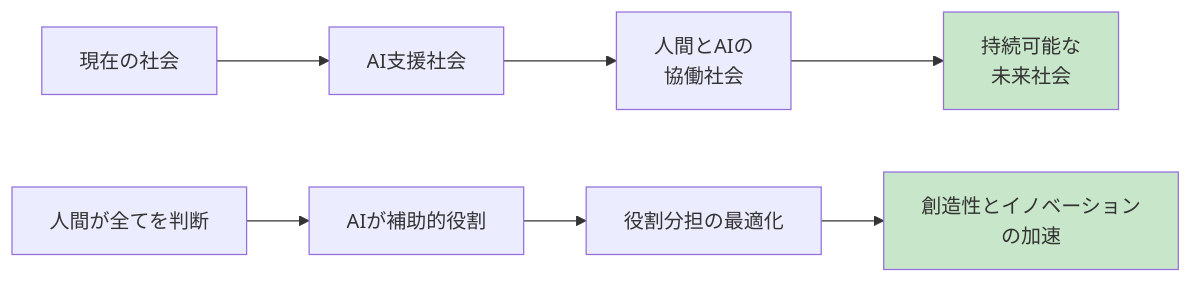
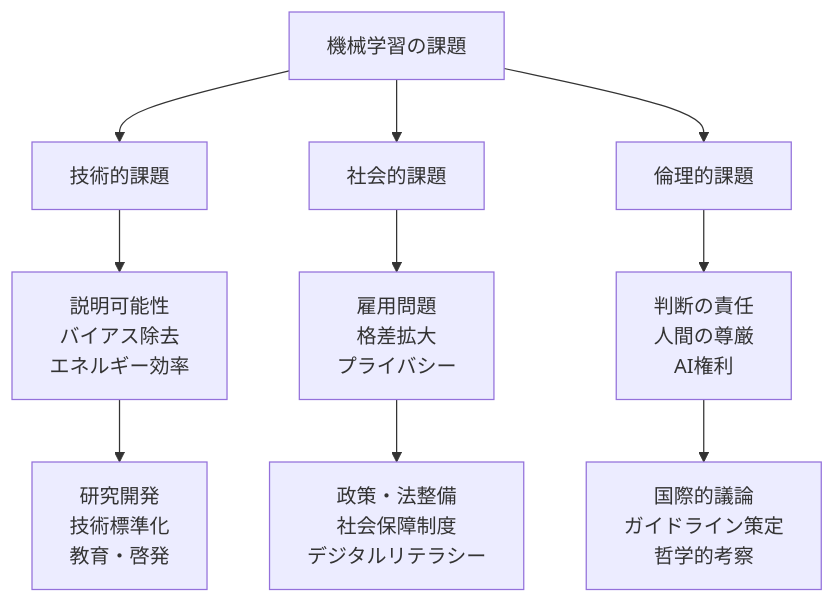
Diagram 12 of 13 in AI/Machine_Learning.md (SparklingDetergent/doc_genai_mental_model), drawn with Mermaid before and after one commit. The commit also changed other lines of this file, not shown here.

````diff
--- a/AI/Machine_Learning.md
+++ b/AI/Machine_Learning.md
@@ -390,13 +370,14 @@
 ```mermaid
-flowchart LR
-    A[現在の社会] --> B[AI支援社会]
-    B --> C[人間とAIの<br/>協働社会]
-    C --> D[持続可能な<br/>未来社会]
+flowchart TD
+    A[機械学習の課題] --> B[技術的課題]
+    A --> C[社会的課題]
+    A --> D[倫理的課題]
     
-    A1[人間が全てを判断] --> B1[AIが補助的役割]
-    B1 --> C1[役割分担の最適化]
-    C1 --> D1[創造性とイノベーション<br/>の加速]
+    B --> B1[説明可能性<br/>バイアス除去<br/>エネルギー効率]
+    C --> C1[雇用問題<br/>格差拡大<br/>プライバシー]  
+    D --> D1[判断の責任<br/>人間の尊厳<br/>AI権利]
     
-    style D fill:#c8e6c9
-    style D1 fill:#c8e6c9
+    B1 --> B2[研究開発<br/>技術標準化<br/>教育・啓発]
+    C1 --> C2[政策・法整備<br/>社会保障制度<br/>デジタルリテラシー]
+    D1 --> D2[国際的議論<br/>ガイドライン策定<br/>哲学的考察]
 ```
````
